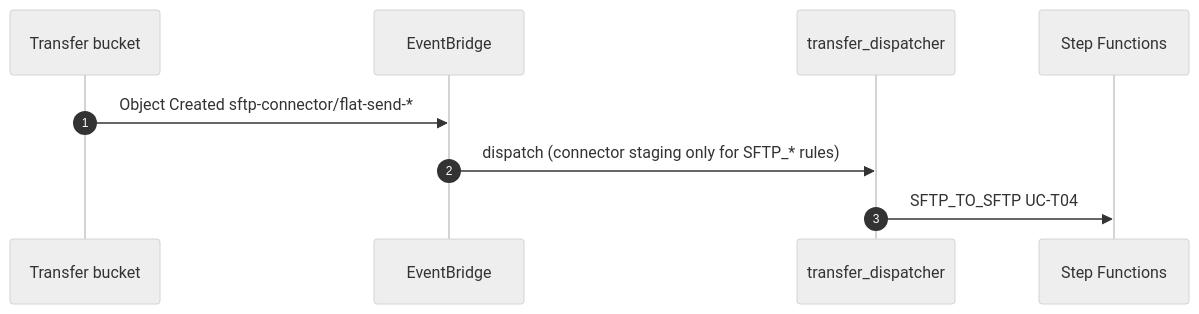
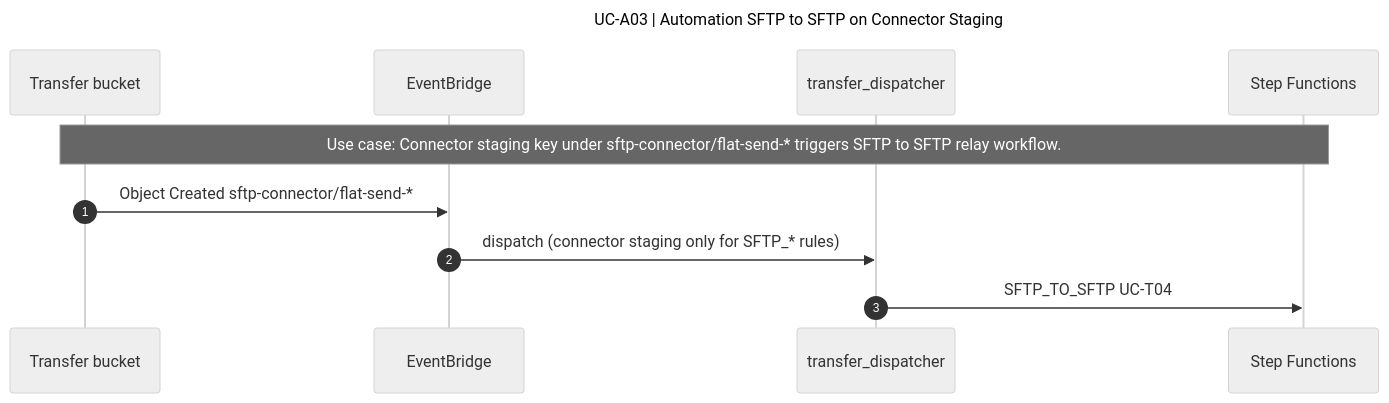
One commit to bayareala8s/BayRelayAI changed diagram 17 of 31 in docs/SEQUENCE_DIAGRAMS.md. Above: the diagram before and after it, drawn with Mermaid (neutral theme). The commit also changed other lines of this file and 68 other files, not shown here.

First line of the commit message:
Add title and use-case labels to all sequence diagrams.

````diff
--- a/docs/SEQUENCE_DIAGRAMS.md
+++ b/docs/SEQUENCE_DIAGRAMS.md
@@ -424,12 +518,16 @@
 ```mermaid
+---
+title: UC-A03 | Automation SFTP to SFTP on Connector Staging
+---
 sequenceDiagram
   autonumber
   participant S3 as Transfer bucket
   participant EB as EventBridge
   participant Disp as transfer_dispatcher
   participant SFN as Step Functions
+  Note over S3,SFN: Use case: Connector staging key under sftp-connector/flat-send-* triggers SFTP to SFTP relay workflow.
 
   S3->>EB: Object Created sftp-connector/flat-send-*
   EB->>Disp: dispatch (connector staging only for SFTP_* rules)
   Disp->>SFN: SFTP_TO_SFTP UC-T04
 ```
````
